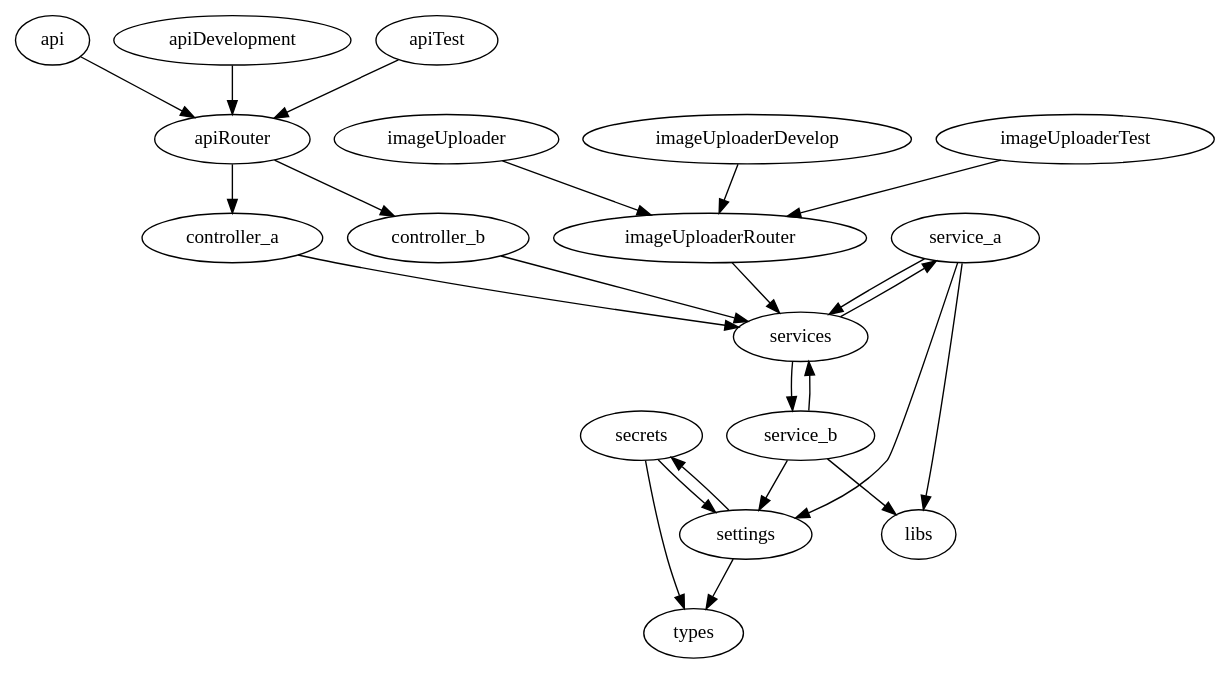
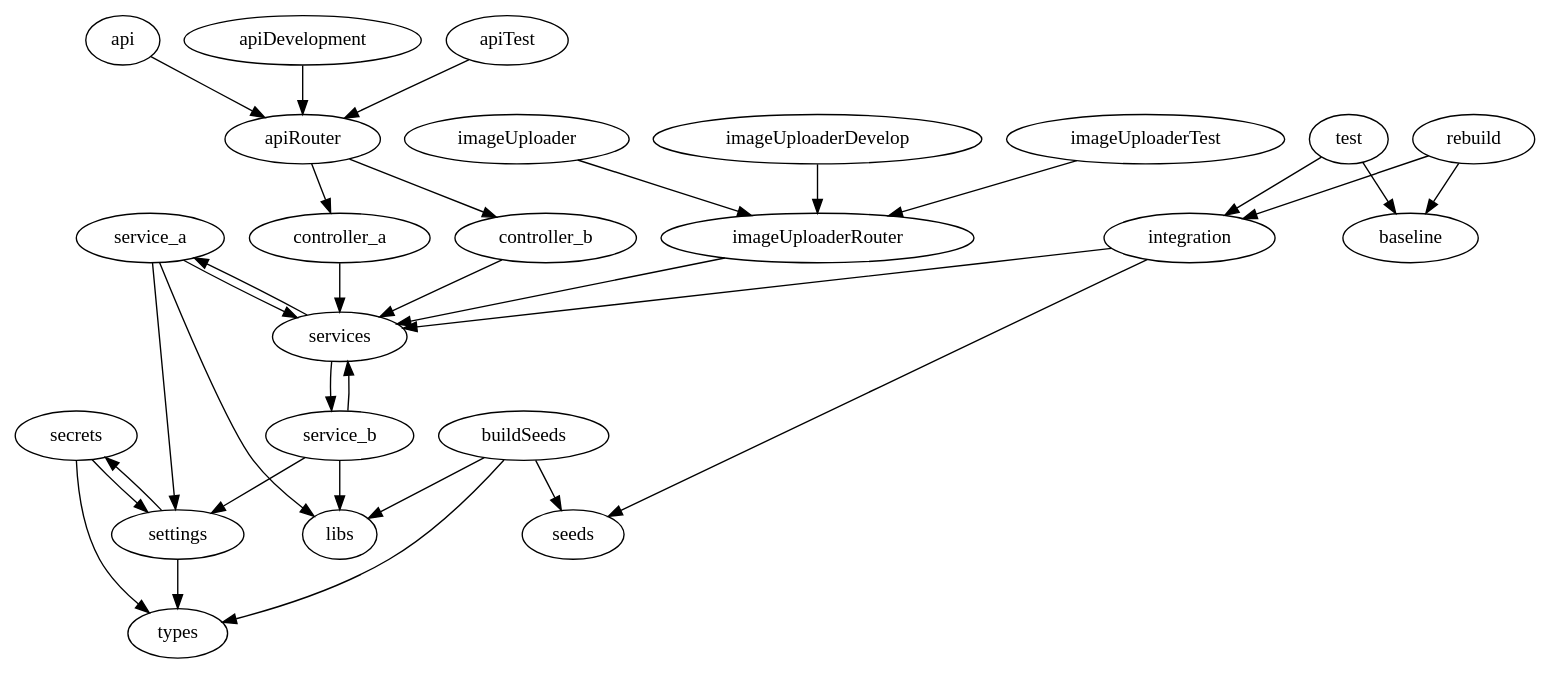
One commit to plantain-00/SubsNoti-doc changed the diagram in design_backends.dot. Above: the diagram before and after it, drawn with Graphviz. The commit also changed 1 other file, not shown here.

```diff
--- a/design_backends.dot
+++ b/design_backends.dot
@@ -1,35 +1,48 @@
 digraph backends {
     secrets -> types
     secrets -> settings
 
     settings -> types
     settings -> secrets
 
     services -> service_a
     services -> service_b
 
     service_a -> libs
     service_a -> settings
     service_a -> services
 
     service_b -> libs
     service_b -> settings
     service_b -> services
 
     controller_a -> services
 
     controller_b -> services
 
     apiRouter -> controller_a
     apiRouter -> controller_b
 
     api -> apiRouter
     apiDevelopment -> apiRouter
     apiTest -> apiRouter
 
     imageUploaderRouter -> services
 
     imageUploader -> imageUploaderRouter
     imageUploaderDevelop -> imageUploaderRouter
     imageUploaderTest -> imageUploaderRouter
+
+    integration -> services
+    integration -> seeds
+
+    test -> integration
+    rebuild -> integration
+
+    test -> baseline
+    rebuild -> baseline
+
+    buildSeeds -> seeds
+    buildSeeds -> libs
+    buildSeeds -> types
 }
```
